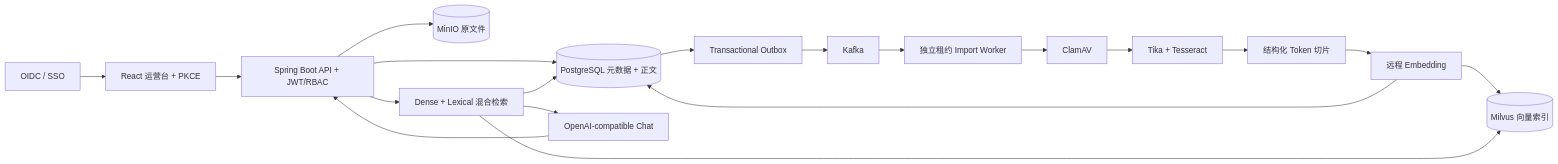
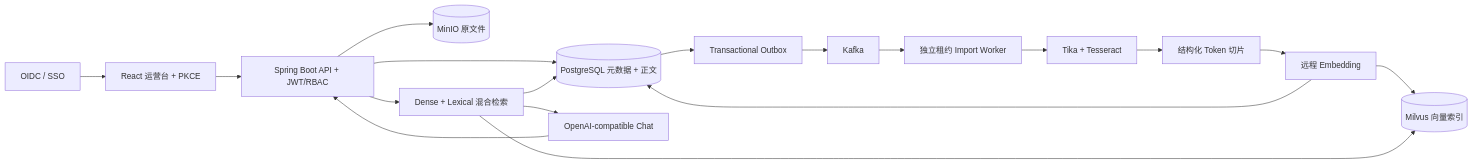
Before and after one commit to bingo-wz/MyRAG: the diagram in README.md, drawn with Mermaid. The commit also changed other lines of this file and 24 other files, not shown here.

````diff
--- a/README.md
+++ b/README.md
@@ -29,21 +29,20 @@
 ```mermaid
 flowchart LR
     OIDC["OIDC / SSO"] --> UI["React 运营台 + PKCE"]
     UI --> API["Spring Boot API + JWT/RBAC"]
     API --> MINIO[("MinIO 原文件")]
     API --> PG[("PostgreSQL 元数据 + 正文")]
     PG --> OUTBOX["Transactional Outbox"]
     OUTBOX --> KAFKA["Kafka"]
     KAFKA --> WORKER["独立租约 Import Worker"]
-    WORKER --> AV["ClamAV"]
-    AV --> TIKA["Tika + Tesseract"]
+    WORKER --> TIKA["Tika + Tesseract"]
     TIKA --> CHUNK["结构化 Token 切片"]
     CHUNK --> EMB["远程 Embedding"]
     EMB --> MILVUS[("Milvus 向量索引")]
     EMB --> PG
     API --> HYBRID["Dense + Lexical 混合检索"]
     HYBRID --> MILVUS
     HYBRID --> PG
     HYBRID --> LLM["OpenAI-compatible Chat"]
     LLM --> API
 ```
````
